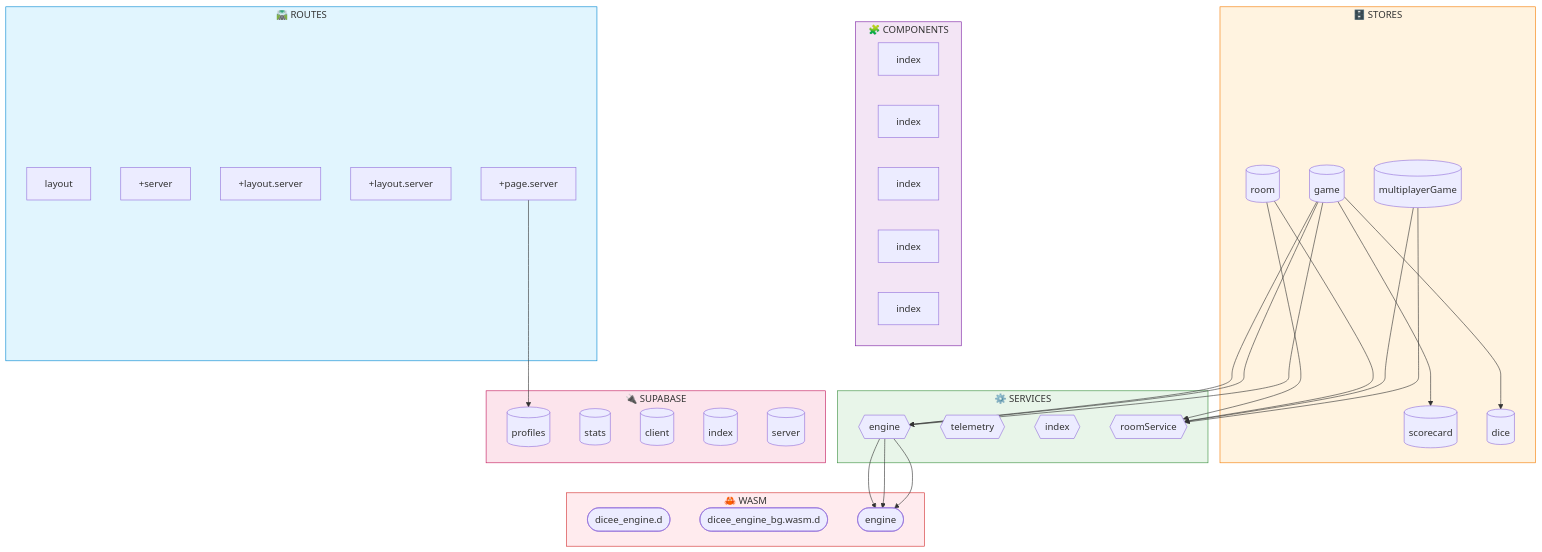
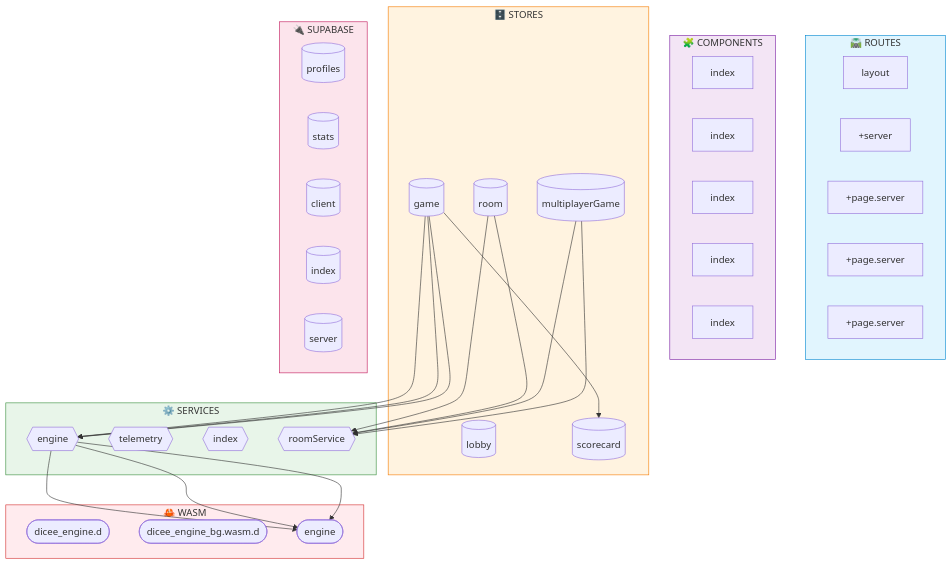
Before and after one commit to verlyn13/dicee: the diagram in docs/architecture/akg/diagrams/DATAFLOW.md, drawn with Mermaid. The commit also changed other lines of this file and 35 other files, not shown here.

````diff
--- a/docs/architecture/akg/diagrams/DATAFLOW.md
+++ b/docs/architecture/akg/diagrams/DATAFLOW.md
@@ -18,69 +18,67 @@
 ```mermaid
 flowchart TB
     subgraph routes["🛣️ ROUTES"]
         module___layout__rc_routes__layout_ts["layout"]
         module___server___callback__server_ts["+server"]
-        module___layout_server__es__layout_serve["+layout.server"]
-        module___layout_server__d___layout_serve["+layout.server"]
-        module___page_server__file__page_server_["+page.server"]
+        module___page_server__obby__page_server_["+page.server"]
+        module___page_server___id___page_server_["+page.server"]
+        module___page_server__ode___page_server_["+page.server"]
     end
 
     subgraph components["🧩 COMPONENTS"]
         module__index__mponents_ui_index_ts["index"]
         module__index__onents_chat_index_ts["index"]
         module__index__onents_auth_index_ts["index"]
         module__index__nents_lobby_index_ts["index"]
         module__index__onents_dice_index_ts["index"]
     end
 
     subgraph stores["🗄️ STORES"]
         store__game_svelte__tores_game_svelte_ts[("game")]
+        store__lobby_svelte__ores_lobby_svelte_t[("lobby")]
         store__room_svelte__tores_room_svelte_ts[("room")]
         store__multiplayerGame_svelte__playerGam[("multiplayerGame")]
         store__scorecard_svelte___scorecard_svel[("scorecard")]
-        store__dice_svelte__tores_dice_svelte_ts[("dice")]
     end
 
     subgraph services["⚙️ SERVICES"]
         service__engine__b_services_engine_ts{{"engine"}}
         service__telemetry__ervices_telemetry_ts{{"telemetry"}}
         service__index__ib_services_index_ts{{"index"}}
         store__roomService_svelte__oomService_sv{{"roomService"}}
     end
 
     subgraph supabase["🔌 SUPABASE"]
         supabasemodule__profiles__supabase_profi[("profiles")]
         supabasemodule__stats__ib_supabase_stats[("stats")]
         supabasemodule__client__b_supabase_clien[("client")]
         supabasemodule__index__ib_supabase_index[("index")]
         supabasemodule__server__b_supabase_serve[("server")]
     end
 
     subgraph wasm["🦀 WASM"]
         wasmbridge__dicee_engine_d__sm_dicee_eng(["dicee_engine.d"])
         wasmbridge__dicee_engine_bg_wasm_d___eng(["dicee_engine_bg.wasm.d"])
         wasmbridge__engine__eb_src_lib_engine_ts(["engine"])
     end
 
-    module___page_server__file__page_server_ --> supabasemodule__profiles__supabase_profi
     store__game_svelte__tores_game_svelte_ts --> service__engine__b_services_engine_ts
-    store__game_svelte__tores_game_svelte_ts --> store__dice_svelte__tores_dice_svelte_ts
     store__game_svelte__tores_game_svelte_ts --> store__scorecard_svelte___scorecard_svel
     store__game_svelte__tores_game_svelte_ts --> service__engine__b_services_engine_ts
     store__game_svelte__tores_game_svelte_ts --> service__engine__b_services_engine_ts
     store__room_svelte__tores_room_svelte_ts --> store__roomService_svelte__oomService_sv
     store__room_svelte__tores_room_svelte_ts --> store__roomService_svelte__oomService_sv
     store__multiplayerGame_svelte__playerGam --> store__roomService_svelte__oomService_sv
     store__multiplayerGame_svelte__playerGam --> store__roomService_svelte__oomService_sv
     service__engine__b_services_engine_ts --> wasmbridge__engine__eb_src_lib_engine_ts
     service__engine__b_services_engine_ts --> wasmbridge__engine__eb_src_lib_engine_ts
     service__engine__b_services_engine_ts --> wasmbridge__engine__eb_src_lib_engine_ts
 
     %% Layer styling
     style routes fill:#e1f5fe,stroke:#0288d1
     style components fill:#f3e5f5,stroke:#7b1fa2
     style stores fill:#fff3e0,stroke:#f57c00
     style services fill:#e8f5e9,stroke:#388e3c
     style supabase fill:#fce4ec,stroke:#c2185b
     style wasm fill:#ffebee,stroke:#d32f2f
 ```
````
